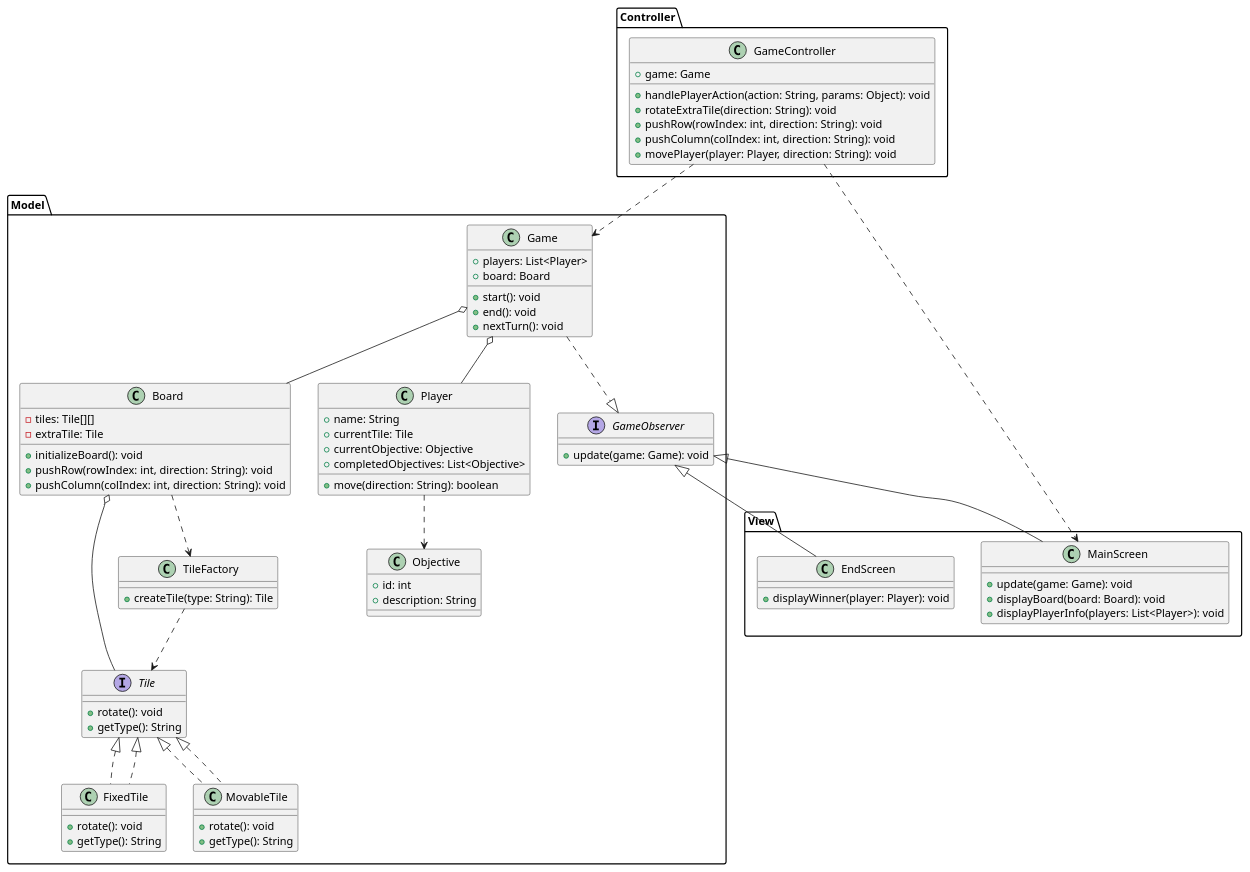
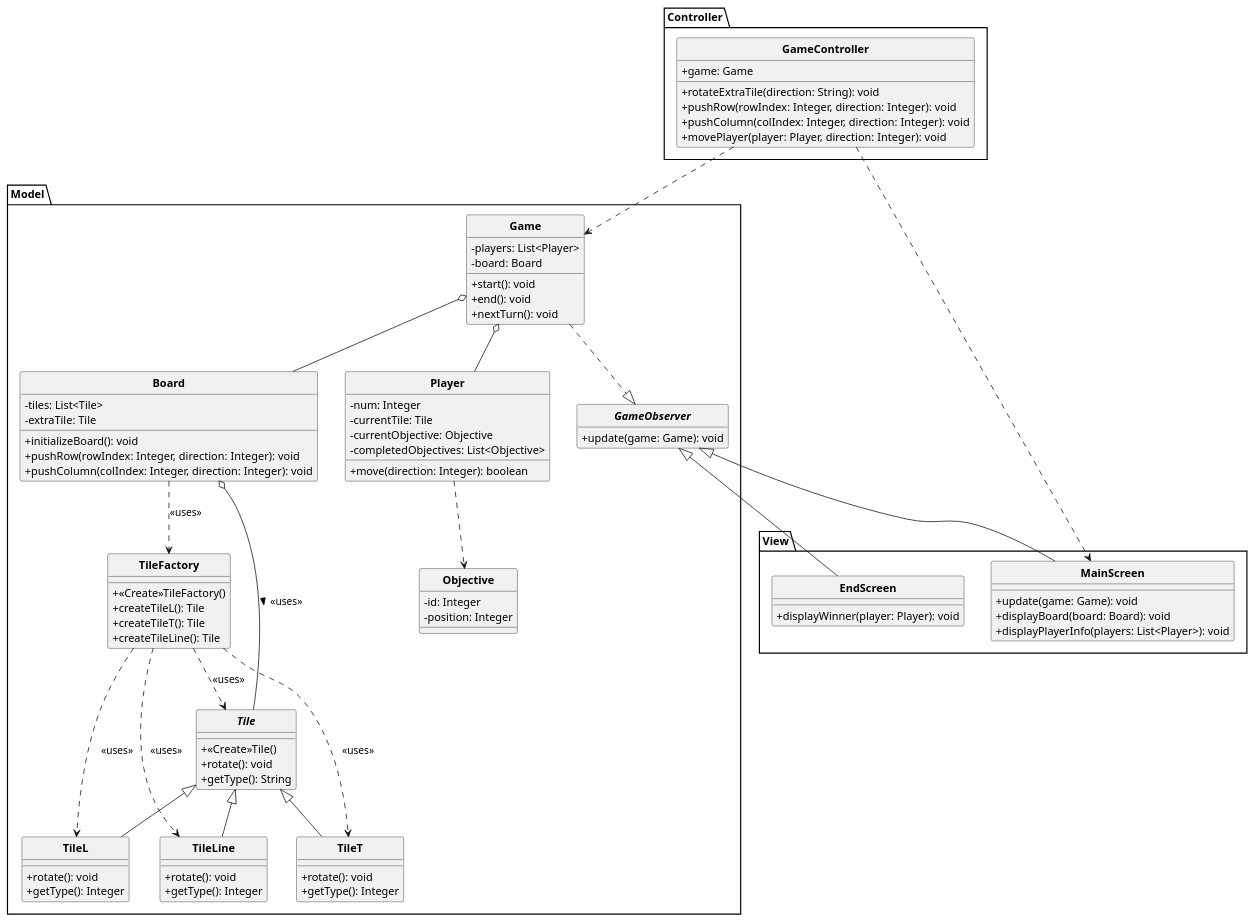
Before and after one commit to amine-benomar6/maze: the diagram in UML/puml_v1.puml, drawn with PlantUML. The commit also changed 18 other files, not shown here.

Commit message:
Modif de l'UML et debut du code

```diff
--- a/UML/puml_v1.puml
+++ b/UML/puml_v1.puml
@@ -1,93 +1,108 @@
 @startuml
 
+skinparam style strictuml
+skinparam classAttributeIconSize 0
+skinparam classFontStyle Bold
+hide enum methods
+hide interface attributes
+
 package Model {
-    interface Tile {
+    abstract Tile {
+        +<<Create>>Tile()
         +rotate(): void
         +getType(): String
     }
-    class FixedTile implements Tile {
+    class TileT extends Tile {
         +rotate(): void
-        +getType(): String
+        +getType(): Integer
     }
-    class MovableTile implements Tile {
+    class TileLine extends Tile {
         +rotate(): void
-        +getType(): String
+        +getType(): Integer
     }
+    class TileL extends Tile {
+        +rotate(): void
+        +getType(): Integer
+    }
+
     class TileFactory {
-        +createTile(type: String): Tile
+        +<<Create>>TileFactory()
+        +createTileL(): Tile
+        +createTileT(): Tile
+        +createTileLine(): Tile
     }
 
     class Board {
-        -tiles: Tile[][]
+        -tiles: List<Tile>
         -extraTile: Tile
         +initializeBoard(): void
-        +pushRow(rowIndex: int, direction: String): void
-        +pushColumn(colIndex: int, direction: String): void
+        +pushRow(rowIndex: Integer, direction: Integer): void
+        +pushColumn(colIndex: Integer, direction: Integer): void
     }
 
     class Objective {
-        +id: int
-        +description: String
+        -id: Integer
+        -position: Integer
     }
 
     class Player {
-        +name: String
-        +currentTile: Tile
-        +currentObjective: Objective
-        +completedObjectives: List<Objective>
-        +move(direction: String): boolean
+        -num: Integer
+        -currentTile: Tile
+        -currentObjective: Objective
+        -completedObjectives: List<Objective>
+        +move(direction: Integer): boolean
     }
 
     class Game {
-        +players: List<Player>
-        +board: Board
+        -players: List<Player>
+        -board: Board
         +start(): void
         +end(): void
         +nextTurn(): void
     }
 
-    ' Observer Pattern
     interface GameObserver {
         +update(game: Game): void
     }
 }
 
-package "View" {
+package View {
     class MainScreen {
         +update(game: Game): void
         +displayBoard(board: Board): void
         +displayPlayerInfo(players: List<Player>): void
     }
     class EndScreen {
         +displayWinner(player: Player): void
     }
 }
 
 package Controller {
     class GameController {
         +game: Game
-        +handlePlayerAction(action: String, params: Object): void
         +rotateExtraTile(direction: String): void
-        +pushRow(rowIndex: int, direction: String): void
-        +pushColumn(colIndex: int, direction: String): void
-        +movePlayer(player: Player, direction: String): void
+        +pushRow(rowIndex: Integer, direction: Integer): void
+        +pushColumn(colIndex: Integer, direction: Integer): void
+        +movePlayer(player: Player, direction: Integer): void
     }
 }
 
-Tile <|.. FixedTile
-Tile <|.. MovableTile
-TileFactory ..> Tile
-Board o-- Tile
-Board ..> TileFactory
+TileFactory ..> Tile : <<uses>>
+TileFactory ..> TileT : <<uses>>
+TileFactory ..> TileL : <<uses>>
+TileFactory ..> TileLine : <<uses>>
+
+Board ..> TileFactory : <<uses>>
 Game o-- Board
 Game o-- Player
 Player ..> Objective
 Game ..|> GameObserver
+Board o-- Tile : > <<uses>>
 
 GameObserver <|-- MainScreen
 GameObserver <|-- EndScreen
 
 GameController ..> Game
 GameController ..> MainScreen
 
 @enduml
```
